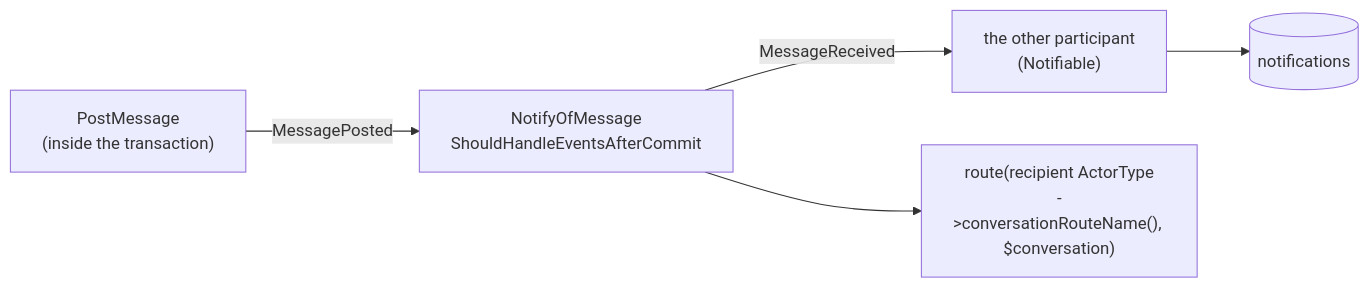
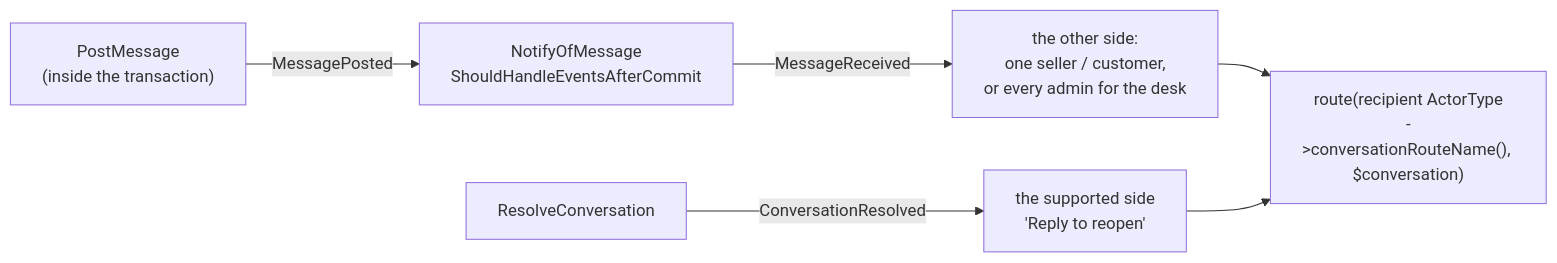
One commit to jonathan-beebe/art-store changed the seventh of 7 diagrams in prototype/php/docs/messaging.md. Above: the diagram before and after it, drawn with Mermaid. The commit also changed other lines of this file and 156 other files, not shown here.

````diff
--- a/prototype/php/docs/messaging.md
+++ b/prototype/php/docs/messaging.md
@@ -356,7 +385,7 @@
 ```mermaid
 flowchart LR
     post["PostMessage\n(inside the transaction)"] -- "MessagePosted" --> listener["NotifyOfMessage\nShouldHandleEventsAfterCommit"]
-    listener -- "MessageReceived" --> recipient["the other participant\n(Notifiable)"]
-    recipient --> inbox[("notifications")]
-    listener --> url["route(recipient ActorType\n->conversationRouteName(), $conversation)"]
+    listener -- "MessageReceived" --> recipients["the other side:\none seller / customer,\nor every admin for the desk"]
+    resolve["ResolveConversation"] -- "ConversationResolved" --> supported["the supported side\n'Reply to reopen'"]
+    recipients & supported --> url["route(recipient ActorType\n->conversationRouteName(), $conversation)"]
 ```
````
